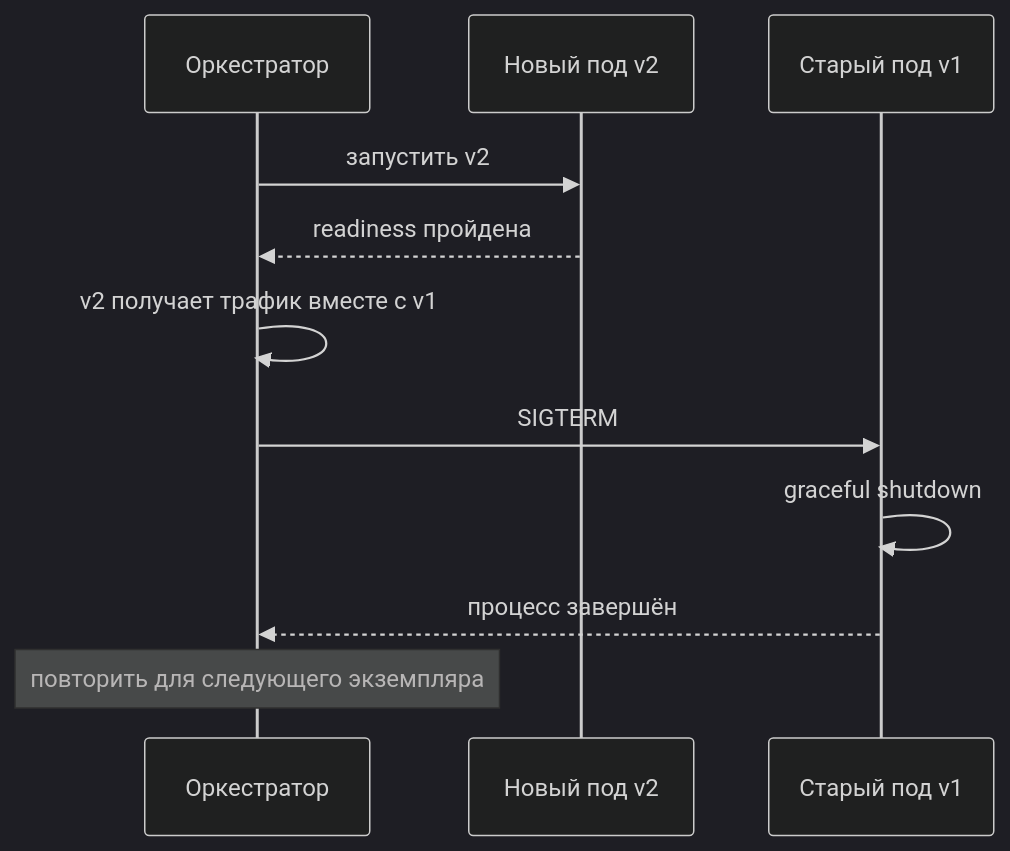
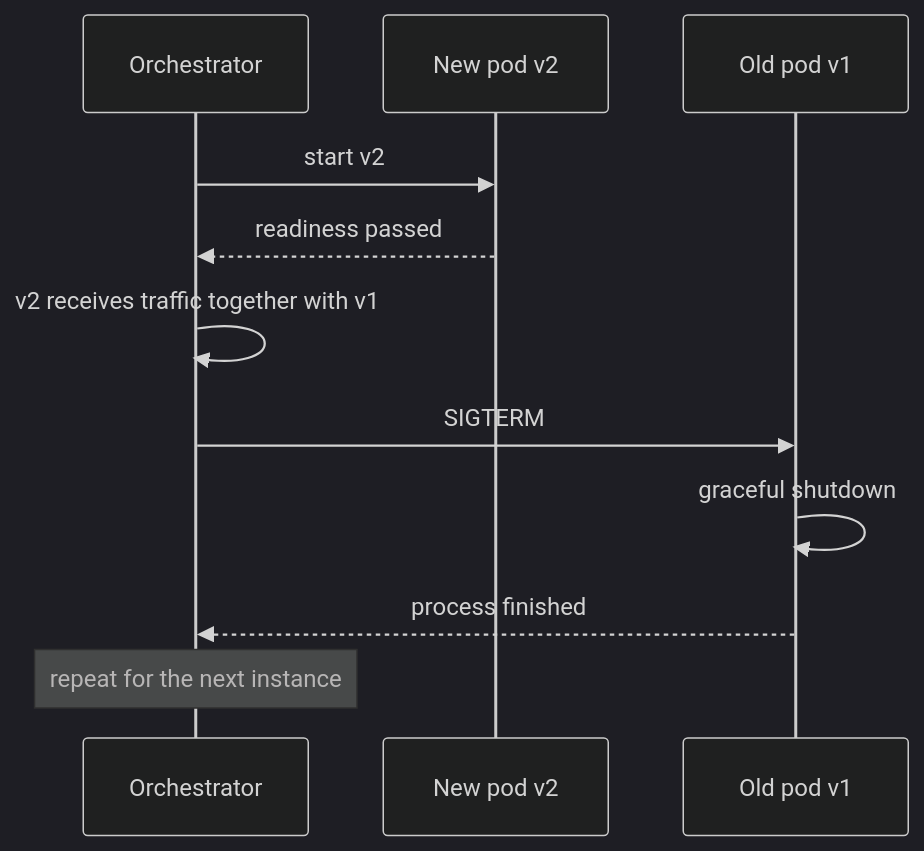
Before and after one commit to pavel-skripko-innowise/inno-fe-be-a1: the third of 3 diagrams in courses-content/backend/B/1/en/0.8 Контейнеризация и развёртывание.md, drawn with Mermaid (dark theme). The commit also changed other lines of this file and 35 other files, not shown here.

````diff
--- a/courses-content/backend/B/1/en/0.8 Контейнеризация и развёртывание.md
+++ b/courses-content/backend/B/1/en/0.8 Контейнеризация и развёртывание.md
@@ -166,13 +166,13 @@
 ```mermaid
 sequenceDiagram
-  participant O as Оркестратор
-  participant New as Новый под v2
-  participant Old as Старый под v1
-  O->>New: запустить v2
-  New-->>O: readiness пройдена
-  O->>O: v2 получает трафик вместе с v1
+  participant O as Orchestrator
+  participant New as New pod v2
+  participant Old as Old pod v1
+  O->>New: start v2
+  New-->>O: readiness passed
+  O->>O: v2 receives traffic together with v1
   O->>Old: SIGTERM
   Old->>Old: graceful shutdown
-  Old-->>O: процесс завершён
-  Note over O: повторить для следующего экземпляра
+  Old-->>O: process finished
+  Note over O: repeat for the next instance
 ```
````
